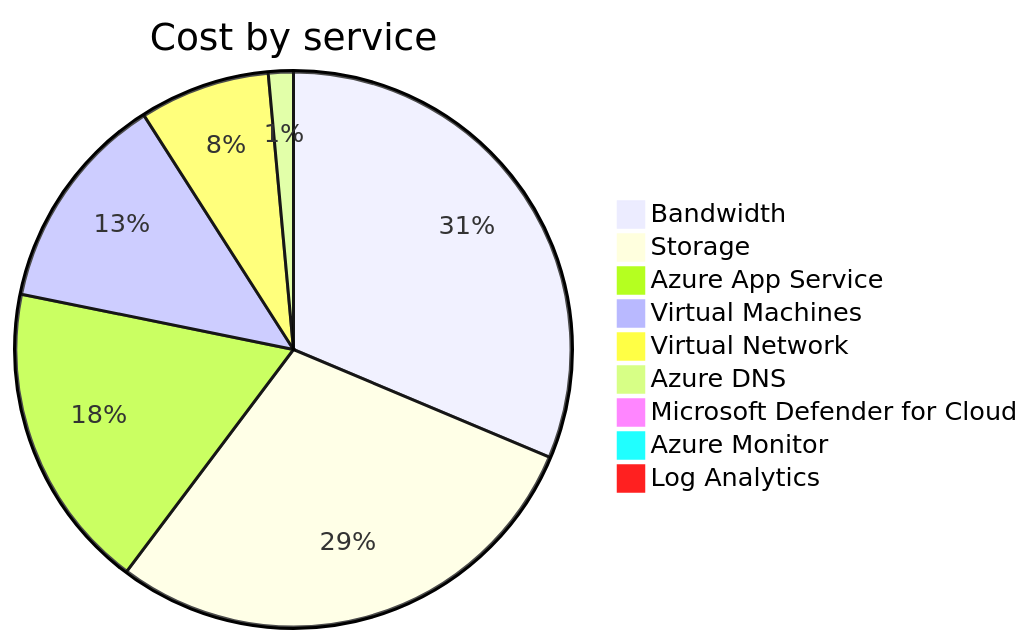
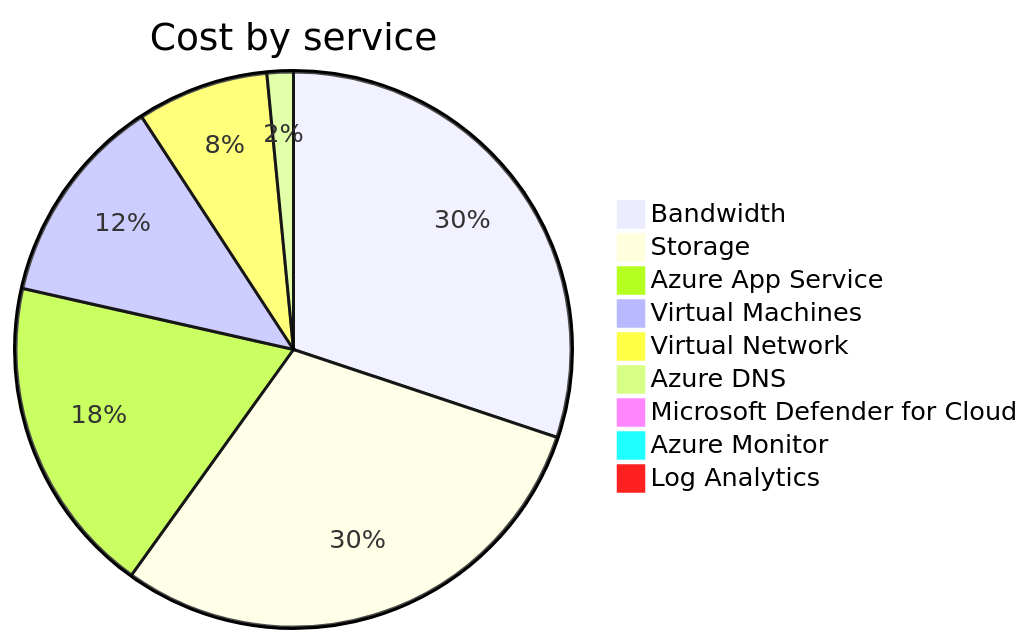
Before and after one commit to jpfulton/azure-personal-reports: the second of 4 diagrams in cost-reports/accumulated-cost.md, drawn with Mermaid. The commit also changed other lines of this file and 4 other files, not shown here.

````diff
--- a/cost-reports/accumulated-cost.md
+++ b/cost-reports/accumulated-cost.md
@@ -99,13 +99,13 @@
 ```mermaid
 pie
    title Cost by service
-   "Bandwidth" : 1.94
-   "Storage" : 1.79
-   "Azure App Service" : 1.11
-   "Virtual Machines" : 0.79
-   "Virtual Network" : 0.47
-   "Azure DNS" : 0.09
-   "Microsoft Defender for Cloud" : 0.05
+   "Bandwidth" : 2.75
+   "Storage" : 2.72
+   "Azure App Service" : 1.70
+   "Virtual Machines" : 1.12
+   "Virtual Network" : 0.70
+   "Azure DNS" : 0.14
+   "Microsoft Defender for Cloud" : 0.07
    "Azure Monitor" : 0.00
    "Log Analytics" : 0.00
 ```
````
